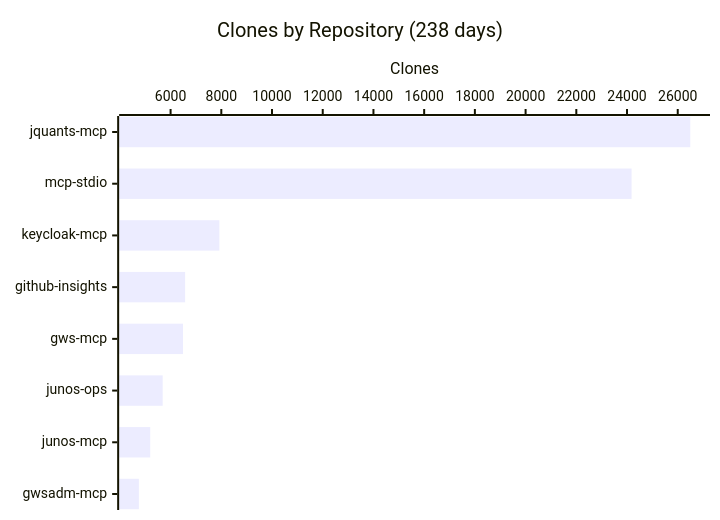
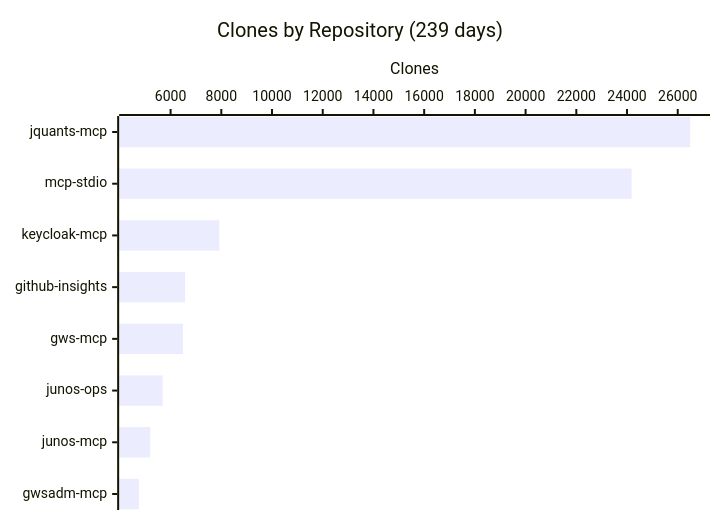
The fourth of 4 diagrams in README.md (shigechika/github-insights), drawn with Mermaid before and after one commit. The commit also changed other lines of this file and 1 other file, not shown here.

````diff
--- a/README.md
+++ b/README.md
@@ -58,7 +58,7 @@
 ```mermaid
 xychart-beta horizontal
-    title "Clones by Repository (238 days)"
+    title "Clones by Repository (239 days)"
     x-axis ["jquants-mcp", "mcp-stdio", "keycloak-mcp", "github-insights", "gws-mcp", "junos-ops", "junos-mcp", "gwsadm-mcp"]
     y-axis "Clones"
     bar [26494, 24179, 7924, 6574, 6489, 5688, 5197, 4750]
 ```
````
